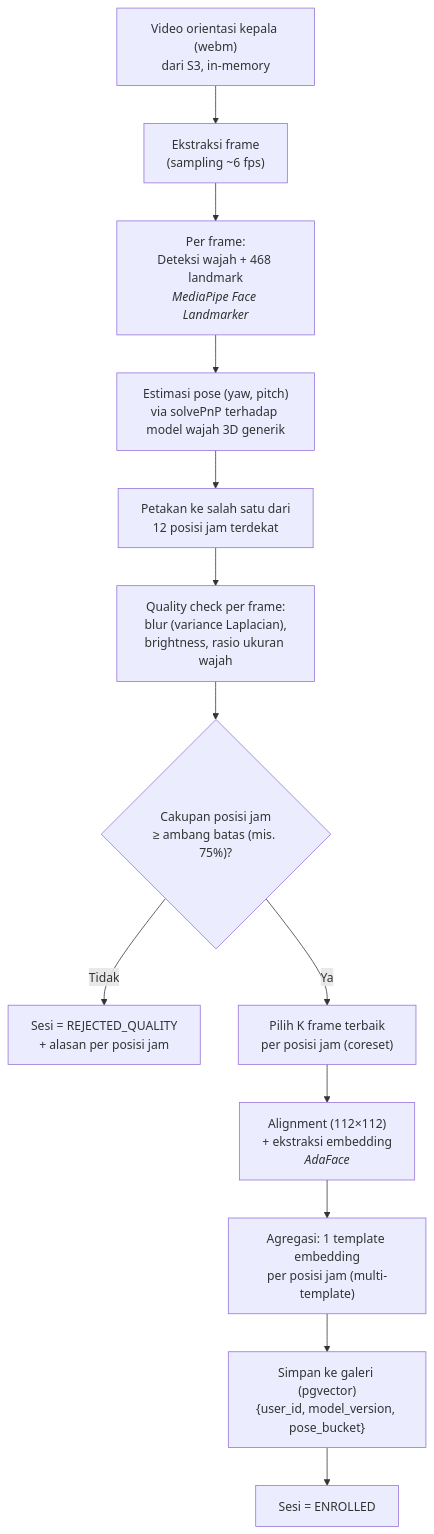
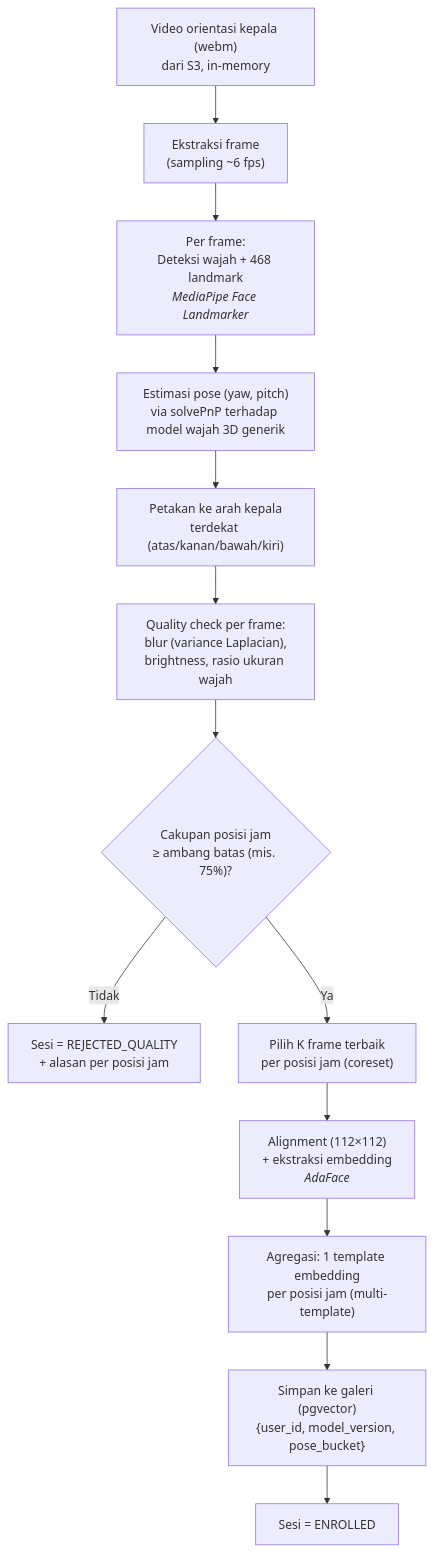
The seventh of 8 diagrams in README.md (jalalAzhmatkhan/face-recognition), drawn with Mermaid before and after one commit. The commit also changed other lines of this file and 16 other files, not shown here.

````diff
--- a/README.md
+++ b/README.md
@@ -513,15 +513,15 @@
 ```mermaid
 flowchart TD
     A["Video orientasi kepala (webm)<br/>dari S3, in-memory"] --> B["Ekstraksi frame<br/>(sampling ~6 fps)"]
     B --> C["Per frame:<br/>Deteksi wajah + 468 landmark<br/><i>MediaPipe Face Landmarker</i>"]
     C --> D["Estimasi pose (yaw, pitch)<br/>via solvePnP terhadap model wajah 3D generik"]
-    D --> E["Petakan ke salah satu dari<br/>12 posisi jam terdekat"]
+    D --> E["Petakan ke arah kepala<br/>terdekat (atas/kanan/bawah/kiri)"]
     E --> F["Quality check per frame:<br/>blur (variance Laplacian),<br/>brightness, rasio ukuran wajah"]
     F --> G{"Cakupan posisi jam<br/>≥ ambang batas (mis. 75%)?"}
     G -->|Tidak| H["Sesi = REJECTED_QUALITY<br/>+ alasan per posisi jam"]
     G -->|Ya| I["Pilih K frame terbaik<br/>per posisi jam (coreset)"]
     I --> J["Alignment (112×112)<br/>+ ekstraksi embedding<br/><i>AdaFace</i>"]
     J --> K["Agregasi: 1 template embedding<br/>per posisi jam (multi-template)"]
     K --> L["Simpan ke galeri (pgvector)<br/>{user_id, model_version, pose_bucket}"]
     L --> M["Sesi = ENROLLED"]
 ```
````
